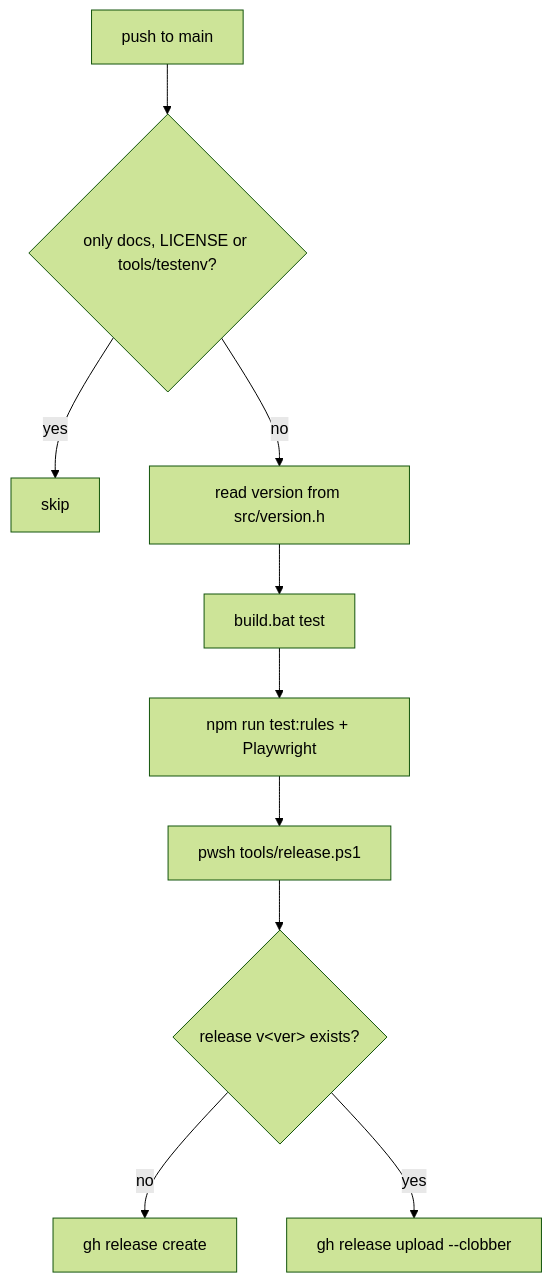
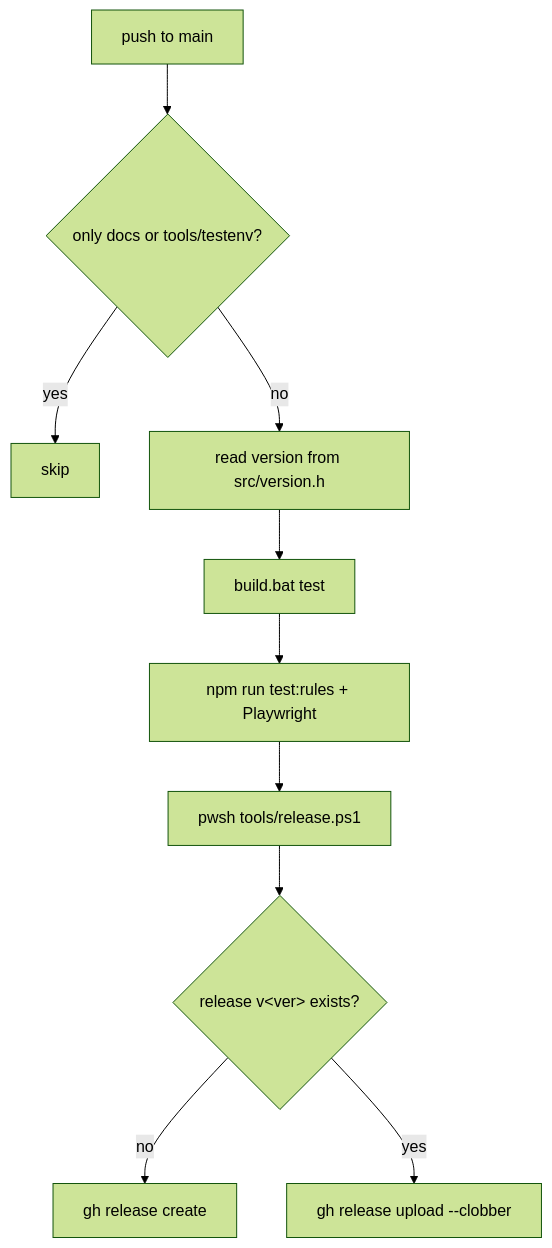
Before and after one commit to Maxaubert/Wind: the diagram in docs/architecture/11-build-test-release.md, drawn with Mermaid (forest theme). The commit also changed other lines of this file and 8 other files, not shown here.

````diff
--- a/docs/architecture/11-build-test-release.md
+++ b/docs/architecture/11-build-test-release.md
@@ -142,12 +148,12 @@
 ```mermaid
 flowchart TD
-    P[push to main] --> F{only docs, LICENSE or tools/testenv?}
+    P[push to main] --> F{only docs or tools/testenv?}
     F -- yes --> S[skip]
     F -- no --> V[read version from src/version.h]
     V --> T[build.bat test]
     T --> UI[npm run test:rules + Playwright]
     UI --> B[pwsh tools/release.ps1]
     B --> R{release v&lt;ver&gt; exists?}
     R -- no --> C[gh release create]
     R -- yes --> U[gh release upload --clobber]
 ```
````
